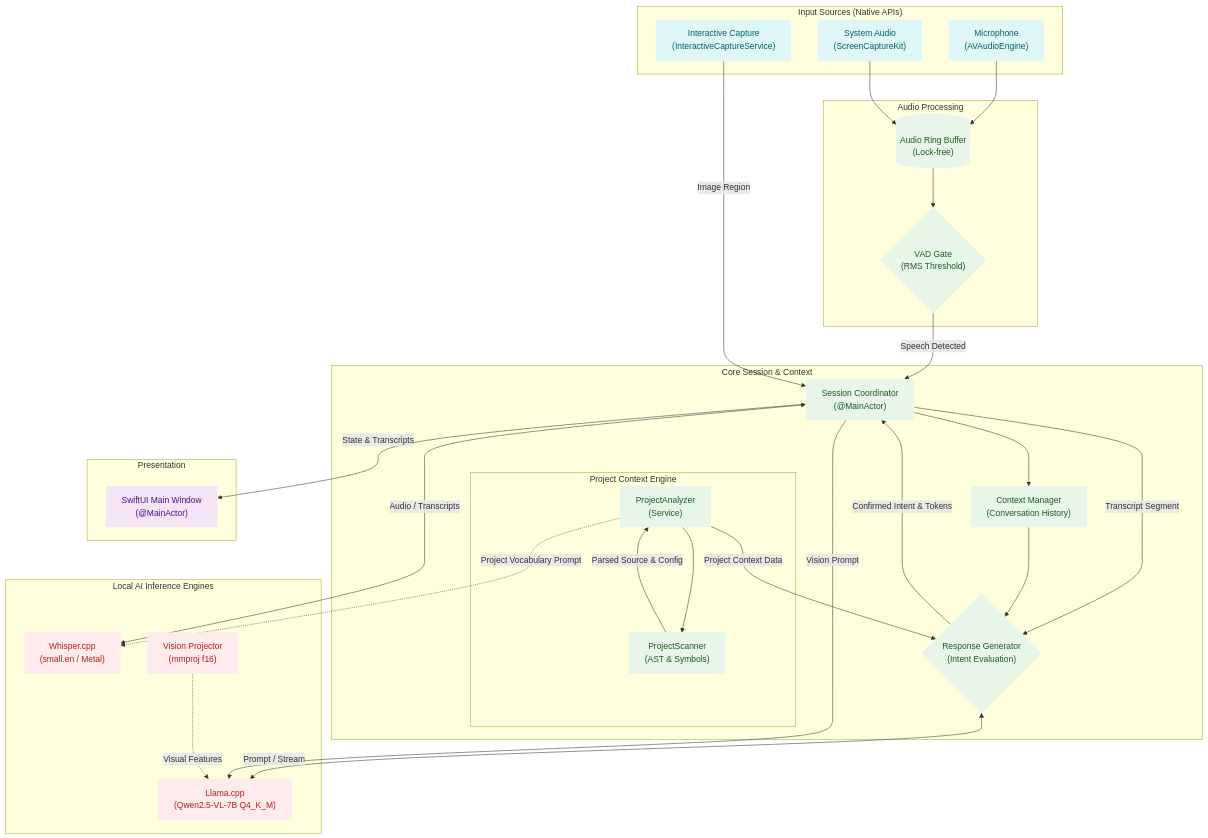
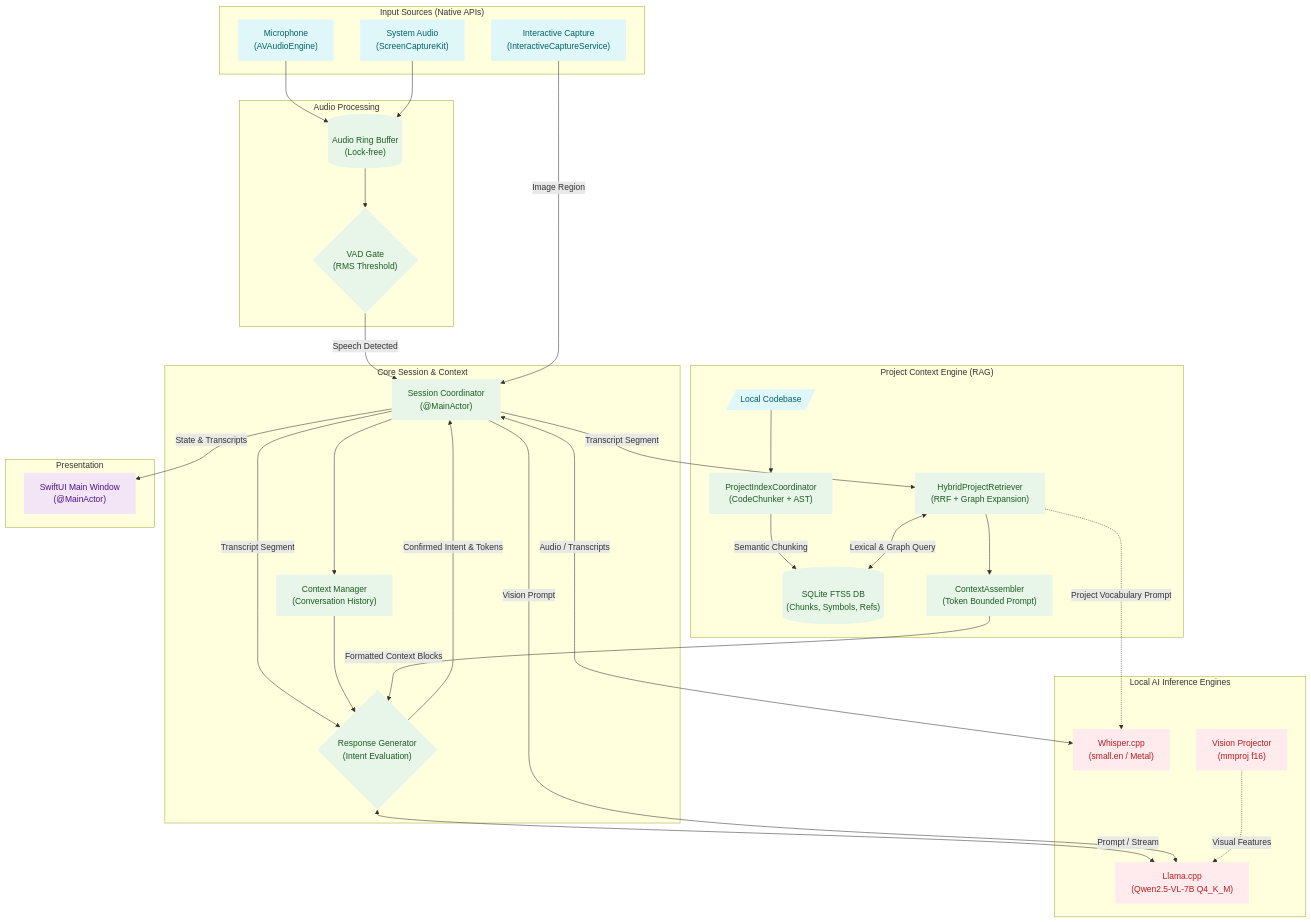
Before and after one commit to BGYKanishka/butler: the diagram in README.md, drawn with Mermaid. The commit also changed other lines of this file, not shown here.

Commit message:
Update README with new RAG architecture

````diff
--- a/README.md
+++ b/README.md
@@ -36,65 +37,72 @@
 ```mermaid
 graph TD
     %% Styling (Light & Clean)
     classDef native fill:#e0f7fa,stroke:none,stroke-width:0px,color:#006064
     classDef engine fill:#ffebee,stroke:none,stroke-width:0px,color:#b71c1c
     classDef logic fill:#e8f5e9,stroke:none,stroke-width:0px,color:#1b5e20
     classDef ui fill:#f3e5f5,stroke:none,stroke-width:0px,color:#4a148c
 
     subgraph Inputs ["Input Sources (Native APIs)"]
         Mic["Microphone\n(AVAudioEngine)"]:::native
         SysAudio["System Audio\n(ScreenCaptureKit)"]:::native
         ScreenCap["Interactive Capture\n(InteractiveCaptureService)"]:::native
     end
 
     subgraph AudioProcessing ["Audio Processing"]
         RingBuffer[("Audio Ring Buffer\n(Lock-free)")]:::logic
         VAD{"VAD Gate\n(RMS Threshold)"}:::logic
     end
 
     subgraph AIEngines ["Local AI Inference Engines"]
         Whisper["Whisper.cpp\n(small.en / Metal)"]:::engine
         Llama["Llama.cpp\n(Qwen2.5-VL-7B Q4_K_M)"]:::engine
         Mmproj["Vision Projector\n(mmproj f16)"]:::engine
     end
 
     subgraph CoreOrchestration ["Core Session & Context"]
         Coordinator["Session Coordinator\n(@MainActor)"]:::logic
         Context["Context Manager\n(Conversation History)"]:::logic
         Intent{"Response Generator\n(Intent Evaluation)"}:::logic
+    end
         
-        subgraph CodeContext ["Project Context Engine"]
-            ProjectAnalyzer["ProjectAnalyzer\n(Service)"]:::logic
-            ProjectScanner["ProjectScanner\n(AST & Symbols)"]:::logic
-        end
+    subgraph CodeContext ["Project Context Engine (RAG)"]
+        ProjectSource[/"Local Codebase"/]:::native
+        IndexCoordinator["ProjectIndexCoordinator\n(CodeChunker + AST)"]:::logic
+        SQLite[("SQLite FTS5 DB\n(Chunks, Symbols, Refs)")]:::logic
+        Retriever["HybridProjectRetriever\n(RRF + Graph Expansion)"]:::logic
+        PromptAssembler["ContextAssembler\n(Token Bounded Prompt)"]:::logic
     end
 
     subgraph UserInterface ["Presentation"]
         MainWindow["SwiftUI Main Window\n(@MainActor)"]:::ui
     end
 
     %% Flow
     Mic --> RingBuffer
     SysAudio --> RingBuffer
     RingBuffer --> VAD
     VAD -- "Speech Detected" --> Coordinator
     
     Coordinator <-->|"Audio / Transcripts"| Whisper
     Coordinator --> Context
     Coordinator -- "Transcript Segment" --> Intent
     
     Context --> Intent
-    ProjectAnalyzer --> ProjectScanner
-    ProjectScanner -- "Parsed Source & Config" --> ProjectAnalyzer
-    ProjectAnalyzer -- "Project Context Data" --> Intent
-    ProjectAnalyzer -. "Project Vocabulary Prompt" .-> Whisper
+    
+    ProjectSource --> IndexCoordinator
+    IndexCoordinator -->|"Semantic Chunking"| SQLite
+    Coordinator -- "Transcript Segment" --> Retriever
+    Retriever <-->|"Lexical & Graph Query"| SQLite
+    Retriever --> PromptAssembler
+    PromptAssembler -- "Formatted Context Blocks" --> Intent
+    Retriever -. "Project Vocabulary Prompt" .-> Whisper
     
     Intent <-->|"Prompt / Stream"| Llama
     Intent -- "Confirmed Intent & Tokens" --> Coordinator
     
     ScreenCap -- "Image Region" --> Coordinator
     Coordinator -- "Vision Prompt" --> Llama
     Mmproj -. "Visual Features" .-> Llama
     
     Coordinator -- "State & Transcripts" --> MainWindow
 ```
````
